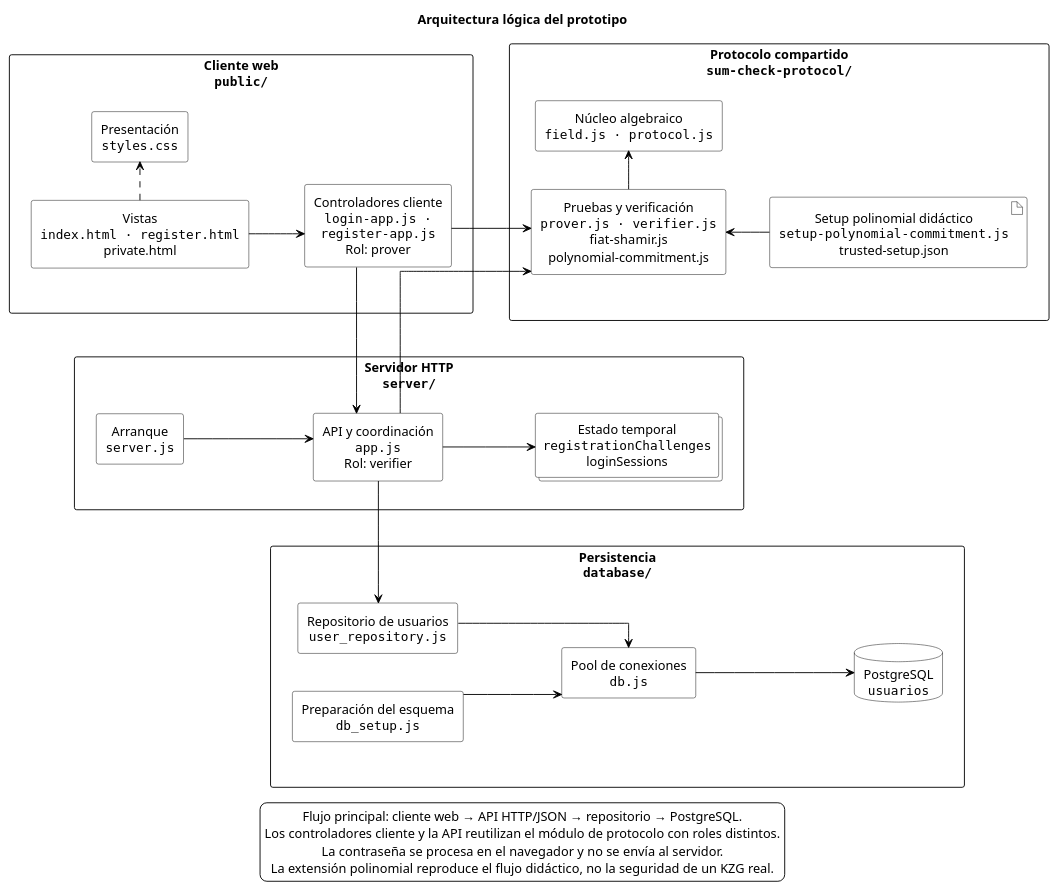
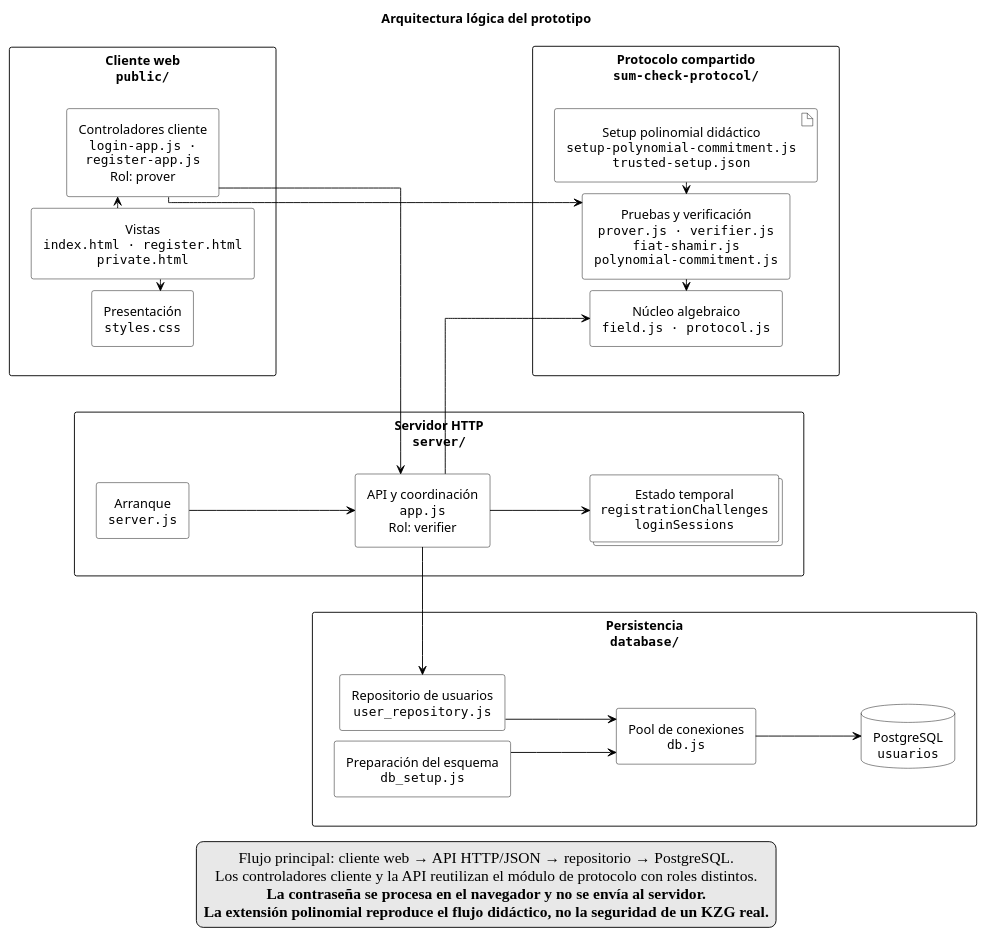
The diagram in doc/diagramas/memoria/00_arquitectura_simplificada.puml (jorgeruuiz/zk-like-prototype), drawn with PlantUML before and after one commit. The commit also changed 7 other files, not shown here.

Commit message:
Finaliza memoria, diagramas y dependencias

```diff
--- a/doc/diagramas/memoria/00_arquitectura_simplificada.puml
+++ b/doc/diagramas/memoria/00_arquitectura_simplificada.puml
@@ -1,104 +1,110 @@
 @startuml
 ' Arquitectura lógica con ficheros agrupados por módulo
 
 left to right direction
 skinparam monochrome true
 skinparam shadowing false
 skinparam backgroundColor white
 skinparam componentStyle rectangle
 skinparam packageStyle rectangle
 skinparam defaultTextAlignment center
-skinparam wrapWidth 240
+skinparam wrapWidth 220
 skinparam linetype ortho
-skinparam nodesep 42
-skinparam ranksep 48
+skinparam nodesep 12
+skinparam ranksep 16
+skinparam Padding 3
 skinparam ArrowColor black
+skinparam LegendFontName "Liberation Serif"
+skinparam LegendFontSize 17
+skinparam LegendBackgroundColor #E8E8E8
+skinparam LegendBorderColor black
 
 skinparam package {
     BackgroundColor white
     BorderColor black
     FontColor black
 }
 
 skinparam component {
     BackgroundColor white
     BorderColor black
     FontColor black
 }
 
 skinparam collections {
     BackgroundColor white
     BorderColor black
     FontColor black
 }
 
 skinparam database {
     BackgroundColor white
     BorderColor black
     FontColor black
 }
 
 skinparam artifact {
     BackgroundColor white
     BorderColor black
     FontColor black
 }
 
 title Arquitectura lógica del prototipo
 
-package "Cliente web\n<font:monospaced>public/" as Frontend {
-    component "Vistas\n<font:monospaced>index.html · register.html\nprivate.html" as Views
-    component "Controladores cliente\n<font:monospaced>login-app.js · register-app.js\nRol: prover" as ClientApps
-    component "Presentación\n<font:monospaced>styles.css" as Styles
+package "Cliente web\n<font:monospaced>public/</font>" as Frontend {
+    component "Vistas\n<font:monospaced>index.html · register.html</font>\n<font:monospaced>private.html</font>" as Views
+    component "Controladores cliente\n<font:monospaced>login-app.js · register-app.js</font>\nRol: prover" as ClientApps
+    component "Presentación\n<font:monospaced>styles.css</font>" as Styles
 
-    Views -down-> ClientApps
-    Views ..right..> Styles
+    Styles -[hidden]right-> Views
+    Views -right-> ClientApps
+    Views ..left..> Styles
 }
 
-package "Servidor HTTP\n<font:monospaced>server/" as Backend {
-    component "Arranque\n<font:monospaced>server.js" as Boot
-    component "API y coordinación\n<font:monospaced>app.js\nRol: verifier" as API
-    collections "Estado temporal\n<font:monospaced>registrationChallenges\nloginSessions" as Temp
+package "Servidor HTTP\n<font:monospaced>server/</font>" as Backend {
+    component "Arranque\n<font:monospaced>server.js</font>" as Boot
+    component "API y coordinación\n<font:monospaced>app.js</font>\nRol: verifier" as API
+    collections "Estado temporal\n<font:monospaced>registrationChallenges</font>\n<font:monospaced>loginSessions</font>" as Temp
 
     Boot -down-> API
     API -down-> Temp
 }
 
-package "Persistencia\n<font:monospaced>database/" as Persistence {
-    component "Repositorio de usuarios\n<font:monospaced>user_repository.js" as UserRepository
-    component "Pool de conexiones\n<font:monospaced>db.js" as DBClient
-    component "Preparación del esquema\n<font:monospaced>db_setup.js" as DBSchema
-    database "PostgreSQL\n<font:monospaced>usuarios" as DB
+package "Persistencia\n<font:monospaced>database/</font>" as Persistence {
+    component "Repositorio de usuarios\n<font:monospaced>user_repository.js</font>" as UserRepository
+    component "Pool de conexiones\n<font:monospaced>db.js</font>" as DBClient
+    component "Preparación del esquema\n<font:monospaced>db_setup.js</font>" as DBSchema
+    database "PostgreSQL\n<font:monospaced>usuarios</font>" as DB
 
     UserRepository -down-> DBClient
     DBSchema -down-> DBClient
     DBClient -down-> DB
 }
 
-package "Protocolo compartido\n<font:monospaced>sum-check-protocol/" as Protocol {
-    component "Pruebas y verificación\n<font:monospaced>prover.js · verifier.js\nfiat-shamir.js\npolynomial-commitment.js" as ProofModules
-    component "Núcleo algebraico\n<font:monospaced>field.js · protocol.js" as Core
-    artifact "Setup polinomial didáctico\n<font:monospaced>setup-polynomial-commitment.js\ntrusted-setup.json" as Setup
+package "Protocolo compartido\n<font:monospaced>sum-check-protocol/</font>" as Protocol {
+    component "Pruebas y verificación\n<font:monospaced>prover.js · verifier.js</font>\n<font:monospaced>fiat-shamir.js</font>\n<font:monospaced>polynomial-commitment.js</font>" as ProofModules
+    component "Núcleo algebraico\n<font:monospaced>field.js · protocol.js</font>" as Core
+    artifact "Setup polinomial didáctico\n<font:monospaced>setup-polynomial-commitment.js</font>\n<font:monospaced>trusted-setup.json</font>" as Setup
 
-    ProofModules -right-> Core
-    Setup -up-> ProofModules
+    ProofModules -left-> Core
+    Setup -left-> ProofModules
 }
 
 ClientApps -right-> API
 API -right-> UserRepository
 
 ClientApps -down-> ProofModules
-API -down-> ProofModules
+API -down-> Core
 
 Frontend -[hidden]right-> Backend
 Backend -[hidden]right-> Persistence
 Backend -[hidden]down-> Protocol
 
 legend bottom
 Flujo principal: cliente web → API HTTP/JSON → repositorio → PostgreSQL.
 Los controladores cliente y la API reutilizan el módulo de protocolo con roles distintos.
-La contraseña se procesa en el navegador y no se envía al servidor.
-La extensión polinomial reproduce el flujo didáctico, no la seguridad de un KZG real.
+<b>La contraseña se procesa en el navegador y no se envía al servidor.</b>
+<b>La extensión polinomial reproduce el flujo didáctico, no la seguridad de un KZG real.</b>
 endlegend
 
 @enduml
```
